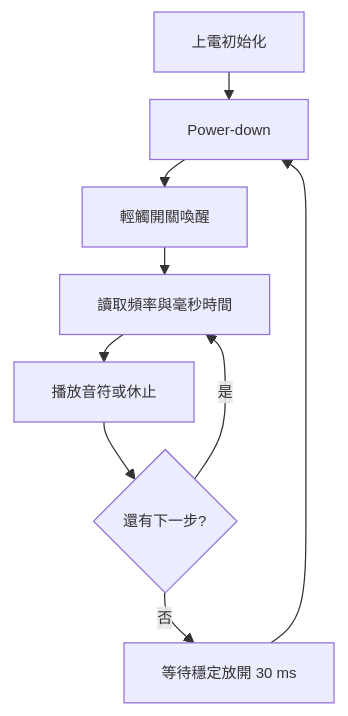
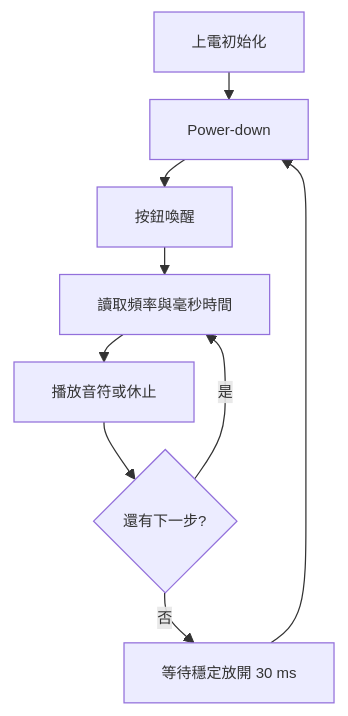
The diagram in README.md (vvitohu/Sound-effect-pendant), drawn with Mermaid before and after one commit. The commit also changed other lines of this file and 1 other file, not shown here.

````diff
--- a/README.md
+++ b/README.md
@@ -231,12 +231,12 @@
 ```mermaid
 %%{init: {"flowchart": {"nodeSpacing": 18, "rankSpacing": 22}, "themeVariables": {"fontSize": "12px"}}}%%
 flowchart TD
     A[上電初始化] --> B[Power-down]
-    B --> C[輕觸開關喚醒]
+    B --> C[按鈕喚醒]
     C --> D[讀取頻率與毫秒時間]
     D --> E[播放音符或休止]
     E --> F{還有下一步?}
     F -- 是 --> D
     F -- 否 --> G[等待穩定放開 30 ms]
     G --> B
 ```
````
